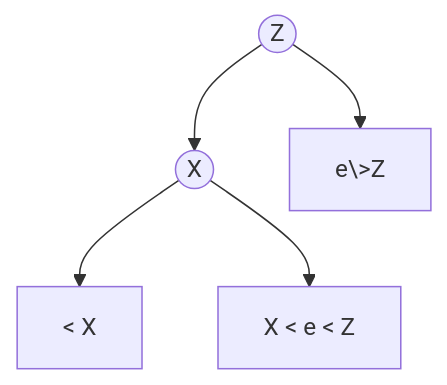
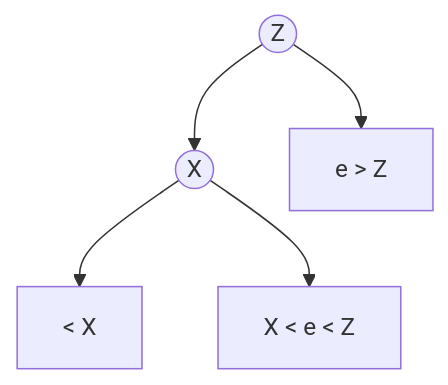
Before and after one commit to FSBCS/ACS: the first of 3 diagrams in Unit 2/Section 3/Lesson 3.md, drawn with Mermaid.

Commit message:
Update Lesson 3.md

````diff
--- a/Unit 2/Section 3/Lesson 3.md
+++ b/Unit 2/Section 3/Lesson 3.md
@@ -48,7 +48,7 @@
 ```mermaid
 graph TD;
     A((Z)) --> B((X));
-    A --> C[e\>Z];
+    A --> C[e > Z];
     B --> D[< X];
     B --> E[X < e < Z];
 ```
````
